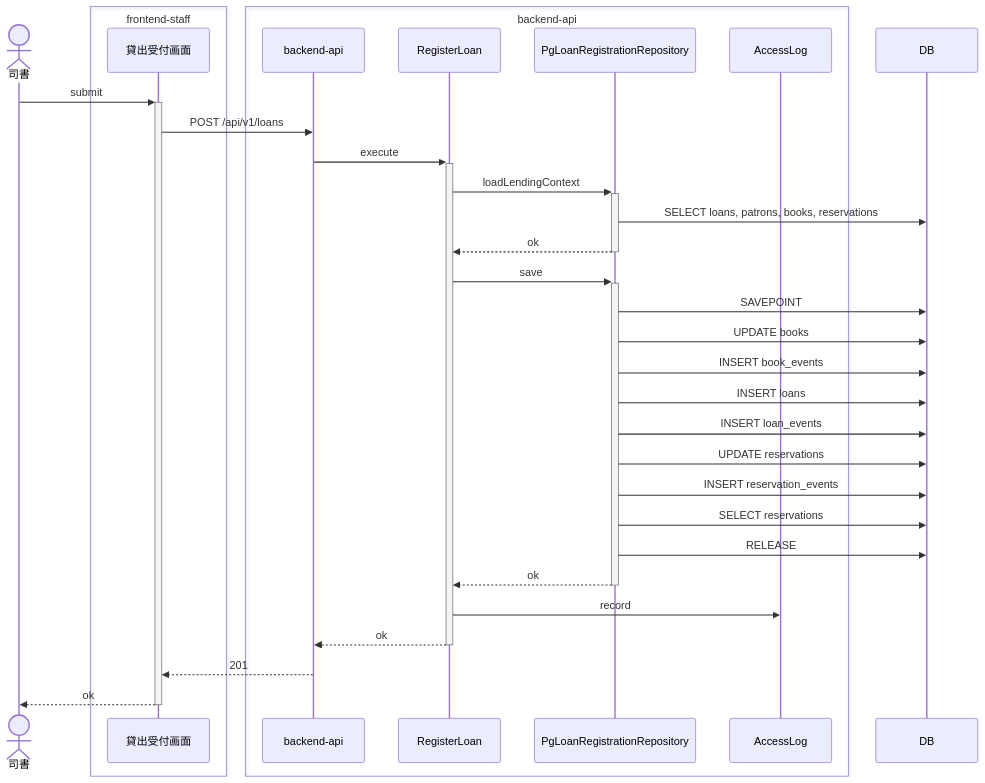
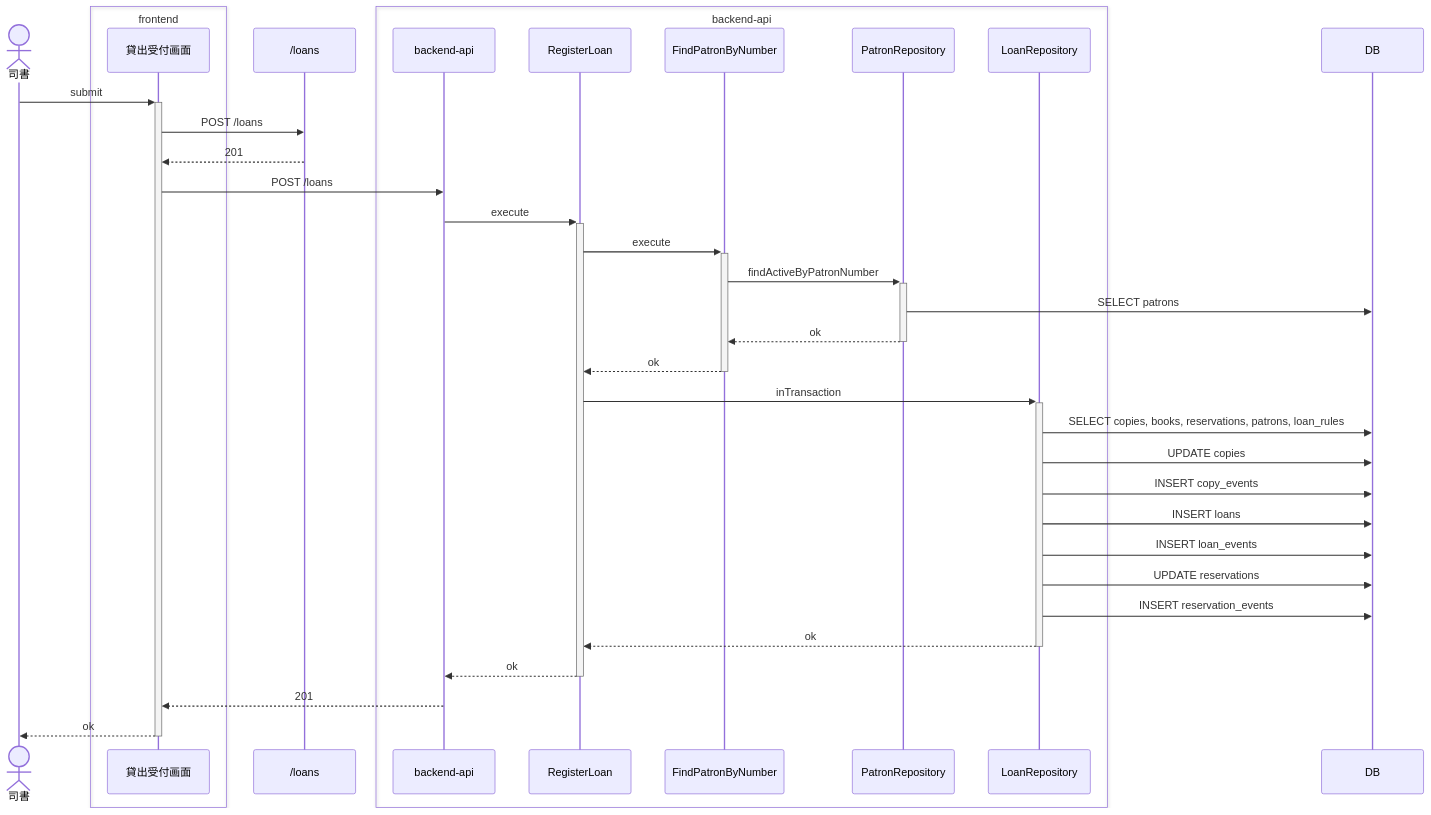
One commit to suwa-sh/suwa-sh-claude-plugins changed the first of 2 diagrams in samples/distillery2/library-loan/docs/as-built/貸出業務/貸出を登録する/index.md. Above: the diagram before and after it, drawn with Mermaid. The commit also changed other lines of this file and 249 other files, not shown here.

````diff
--- a/samples/distillery2/library-loan/docs/as-built/貸出業務/貸出を登録する/index.md
+++ b/samples/distillery2/library-loan/docs/as-built/貸出業務/貸出を登録する/index.md
@@ -54,35 +54,38 @@
 ```mermaid
 sequenceDiagram
     actor p0 as 司書
-    box transparent frontend-staff
+    box transparent frontend
         participant p1 as 貸出受付画面
     end
+    participant p2 as /loans
     box transparent backend-api
-        participant p2 as backend-api
-        participant p3 as RegisterLoan
-        participant p4 as PgLoanRegistrationRepository
-        participant p6 as AccessLog
+        participant p3 as backend-api
+        participant p4 as RegisterLoan
+        participant p5 as FindPatronByNumber
+        participant p6 as PatronRepository
+        participant p8 as LoanRepository
     end
-    participant p5 as DB
+    participant p7 as DB
     p0->>+p1: submit
-    p1->>p2: POST /api/v1/loans
-    p2->>+p3: execute
-    p3->>+p4: loadLendingContext
-    p4->>p5: SELECT loans, patrons, books, reservations
+    p1->>p2: POST /loans
+    p2-->>p1: 201
+    p1->>p3: POST /loans
+    p3->>+p4: execute
+    p4->>+p5: execute
+    p5->>+p6: findActiveByPatronNumber
+    p6->>p7: SELECT patrons
+    p6-->>-p5: ok
+    p5-->>-p4: ok
+    p4->>+p8: inTransaction
+    p8->>p7: SELECT copies, books, reservations, patrons, loan_rules
+    p8->>p7: UPDATE copies
+    p8->>p7: INSERT copy_events
+    p8->>p7: INSERT loans
+    p8->>p7: INSERT loan_events
+    p8->>p7: UPDATE reservations
+    p8->>p7: INSERT reservation_events
+    p8-->>-p4: ok
     p4-->>-p3: ok
-    p3->>+p4: save
-    p4->>p5: SAVEPOINT
-    p4->>p5: UPDATE books
-    p4->>p5: INSERT book_events
-    p4->>p5: INSERT loans
-    p4->>p5: INSERT loan_events
-    p4->>p5: UPDATE reservations
-    p4->>p5: INSERT reservation_events
-    p4->>p5: SELECT reservations
-    p4->>p5: RELEASE
-    p4-->>-p3: ok
-    p3->>p6: record
-    p3-->>-p2: ok
-    p2-->>p1: 201
+    p3-->>p1: 201
     p1-->>-p0: ok
 ```
````
